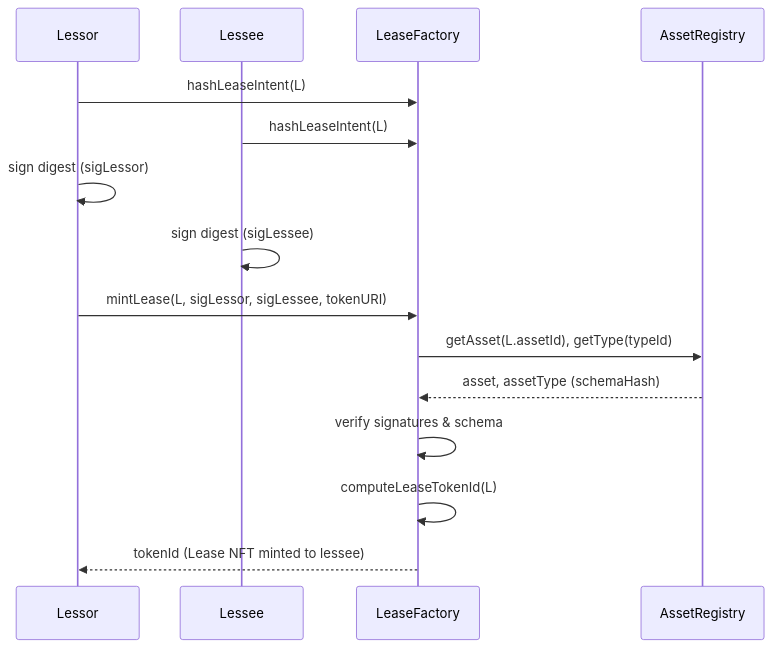
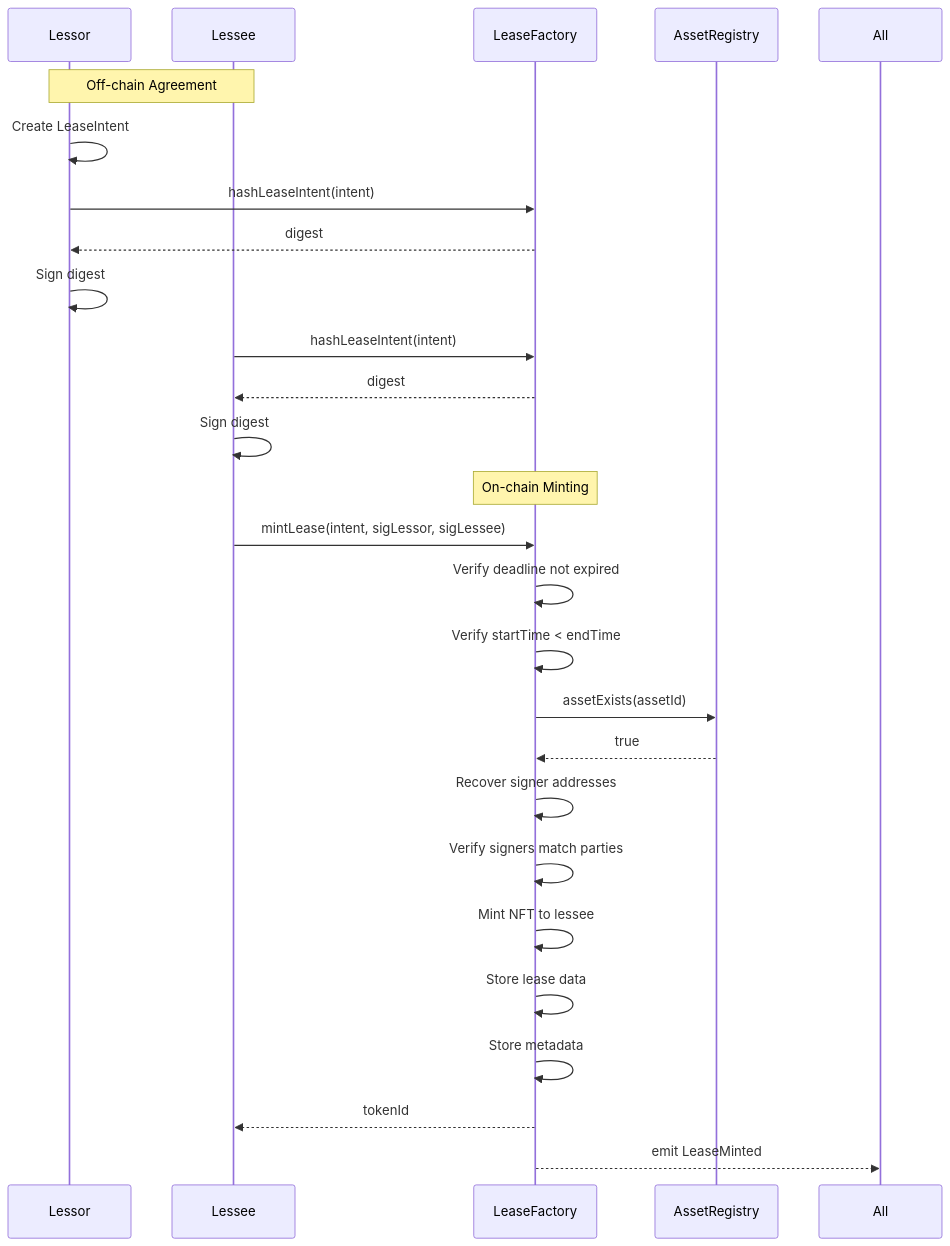
One commit to faas-tech/space-markets changed the first of 3 diagrams in docs/contract-specific/LeaseFactory.md. Above: the diagram before and after it, drawn with Mermaid. The commit also changed other lines of this file and 14 other files, not shown here.

````diff
--- a/docs/contract-specific/LeaseFactory.md
+++ b/docs/contract-specific/LeaseFactory.md
@@ -38,19 +185,31 @@
 ```mermaid
 sequenceDiagram
-  participant Lessor
-  participant Lessee
-  participant F as LeaseFactory
-  participant R as AssetRegistry
+    participant Lessor
+    participant Lessee
+    participant Factory as LeaseFactory
+    participant Registry as AssetRegistry
 
-  Lessor->>F: hashLeaseIntent(L)
-  Lessee->>F: hashLeaseIntent(L)
-  Lessor->>Lessor: sign digest (sigLessor)
-  Lessee->>Lessee: sign digest (sigLessee)
+    Note over Lessor, Lessee: Off-chain Agreement
+    Lessor->>Lessor: Create LeaseIntent
+    Lessor->>Factory: hashLeaseIntent(intent)
+    Factory-->>Lessor: digest
+    Lessor->>Lessor: Sign digest
 
-  Lessor->>F: mintLease(L, sigLessor, sigLessee, tokenURI)
-  F->>R: getAsset(L.assetId), getType(typeId)
-  R-->>F: asset, assetType (schemaHash)
-  F->>F: verify signatures & schema
-  F->>F: computeLeaseTokenId(L)
-  F-->>Lessor: tokenId (Lease NFT minted to lessee)
+    Lessee->>Factory: hashLeaseIntent(intent)
+    Factory-->>Lessee: digest
+    Lessee->>Lessee: Sign digest
+
+    Note over Factory: On-chain Minting
+    Lessee->>Factory: mintLease(intent, sigLessor, sigLessee)
+    Factory->>Factory: Verify deadline not expired
+    Factory->>Factory: Verify startTime < endTime
+    Factory->>Registry: assetExists(assetId)
+    Registry-->>Factory: true
+    Factory->>Factory: Recover signer addresses
+    Factory->>Factory: Verify signers match parties
+    Factory->>Factory: Mint NFT to lessee
+    Factory->>Factory: Store lease data
+    Factory->>Factory: Store metadata
+    Factory-->>Lessee: tokenId
+    Factory-->>All: emit LeaseMinted
 ```
````
